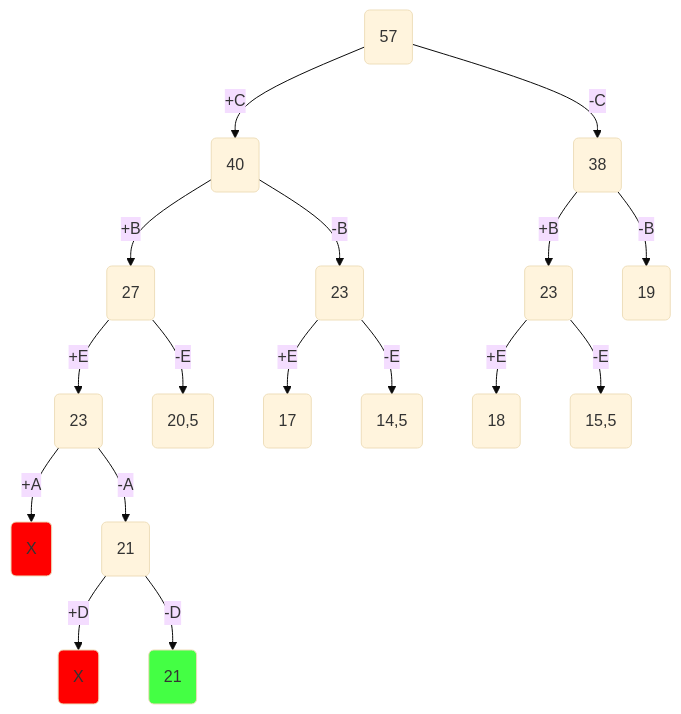
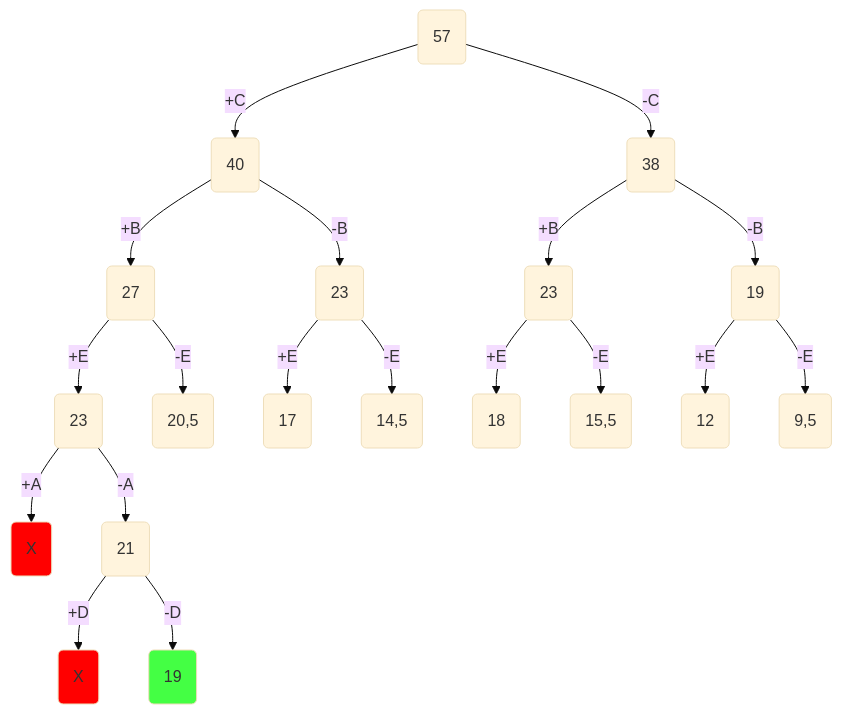
Before and after one commit to algos-ris-24-4/manual-tasks: the eighth of 8 diagrams in Задание 12/crani.md, drawn with Mermaid (base theme). The commit also changed other lines of this file, not shown here.

````diff
--- a/Задание 12/crani.md
+++ b/Задание 12/crani.md
@@ -310,40 +339,44 @@
 ```mermaid
 flowchart TD
 A(57)
 B(40)
 C(38)
 D(27)
 E(23)
 F(23)
 G(19)
 H(23)
 I(20,5)
 J(17)
 K(14,5)
 L(18)
 M(15,5)
 P(X)
 Q(21)
 R(X)
-S(21)
+S(19)
+N(12)
+O(9,5)
 A -- +C--> B
 A -- -C--> C
 B -- +B--> D
 B -- -B--> E
 C -- +B--> F
 C -- -B--> G
 D -- +E--> H
 D -- -E--> I
-E -- +E--> J
-E -- -E--> K
 F -- +E--> L
 F -- -E--> M
-H -- +A--> P
-H -- -A--> Q
-Q -- +D--> R
-Q -- -D--> S
+H -- +A --> P
+H -- -A --> Q
+Q -- +D --> R
+Q -- -D --> S
+E -- +E --> J
+E -- -E --> K
+G -- +E --> N
+G -- -E --> O
 
 style P fill:#FF0000
 style R fill:#FF0000
 style S fill:#4f4f
 ```
````
